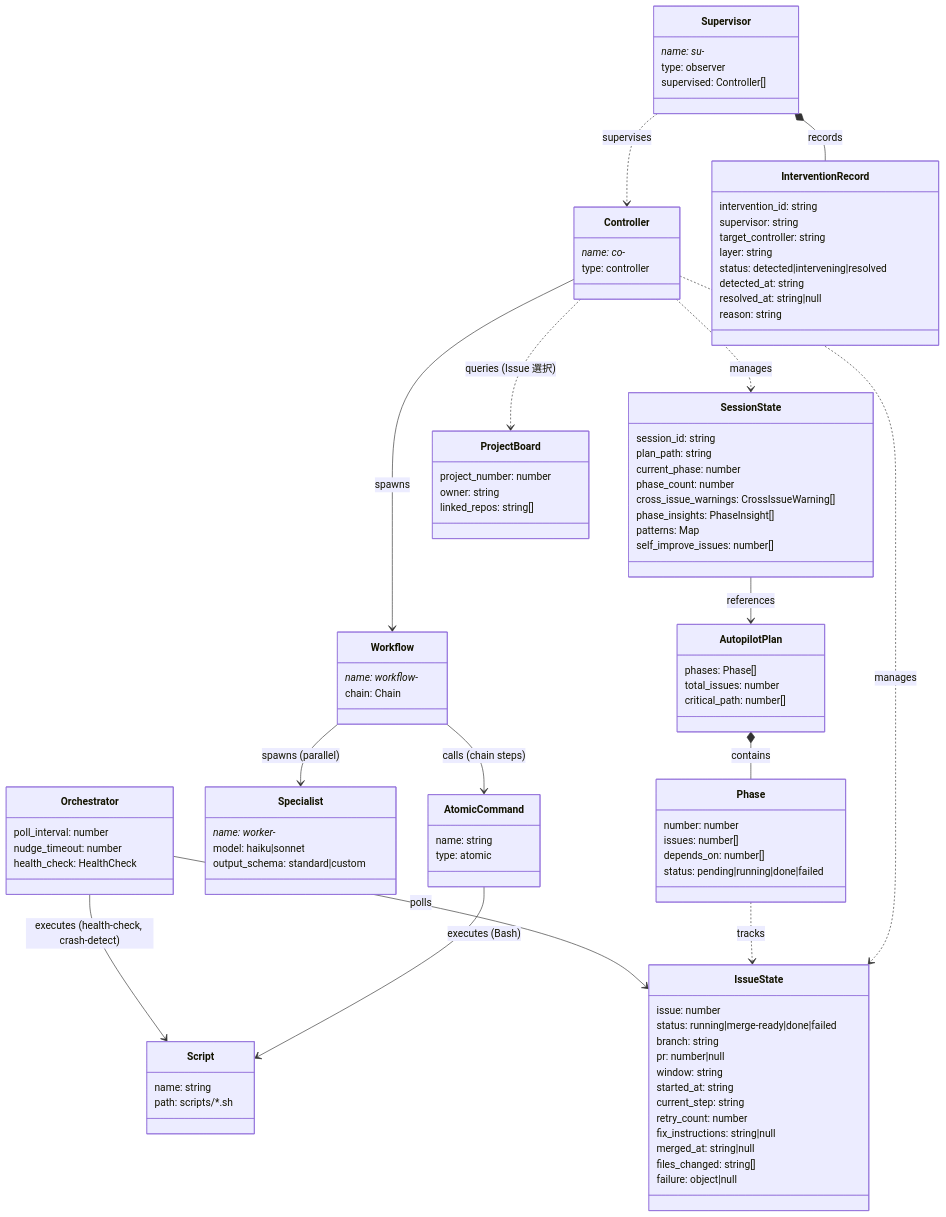
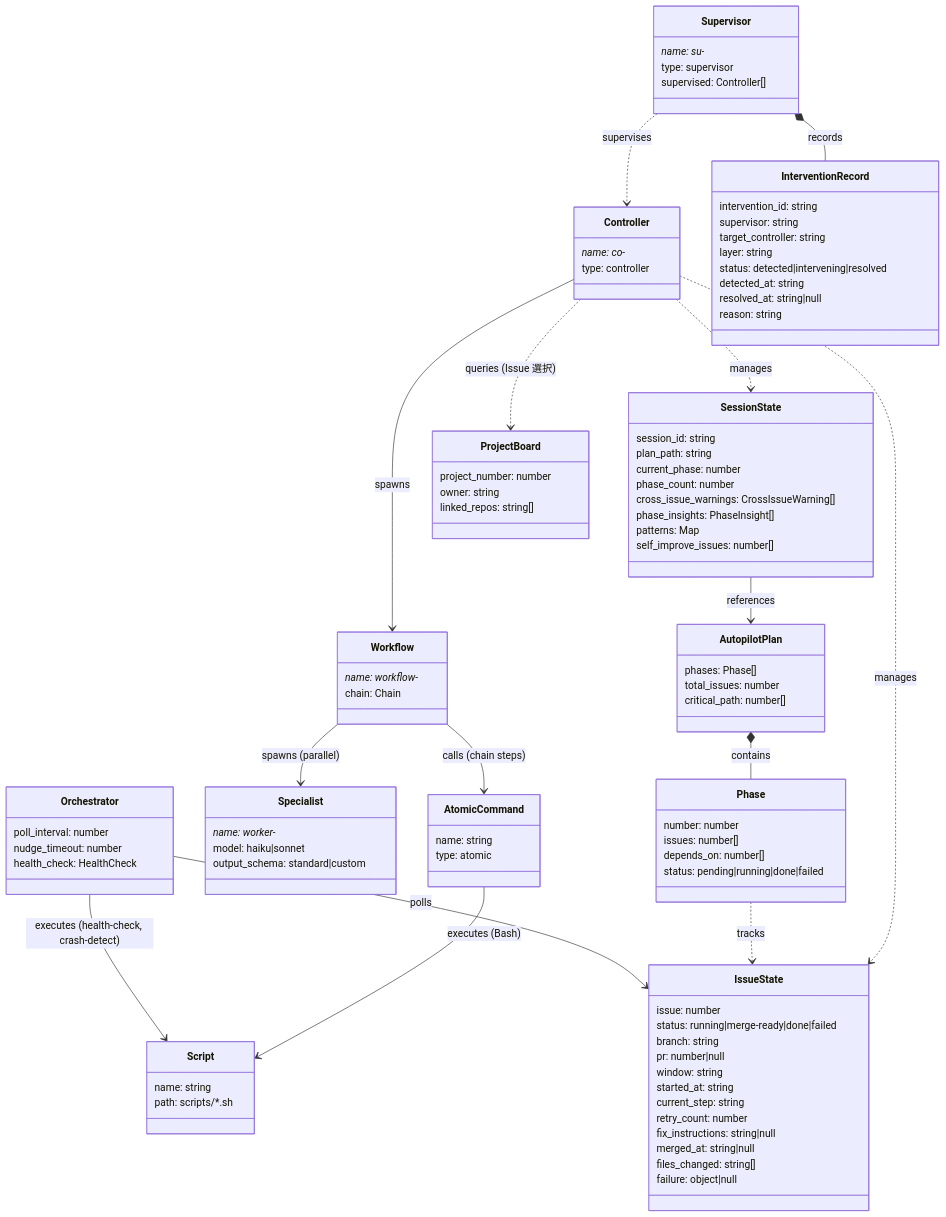
Before and after one commit to shuu5/twill: the first of 6 diagrams in plugins/twl/architecture/domain/model.md, drawn with Mermaid. The commit also changed 4 other files, not shown here.

First line of the commit message:
docs(architecture): supervision/observation/context-map/model の observer パターン整合

```diff
--- a/plugins/twl/architecture/domain/model.md
+++ b/plugins/twl/architecture/domain/model.md
@@ -72,7 +72,7 @@
     }
     class Supervisor {
         name: su-*
-        type: observer
+        type: supervisor
         supervised: Controller[]
     }
     class InterventionRecord {
```
